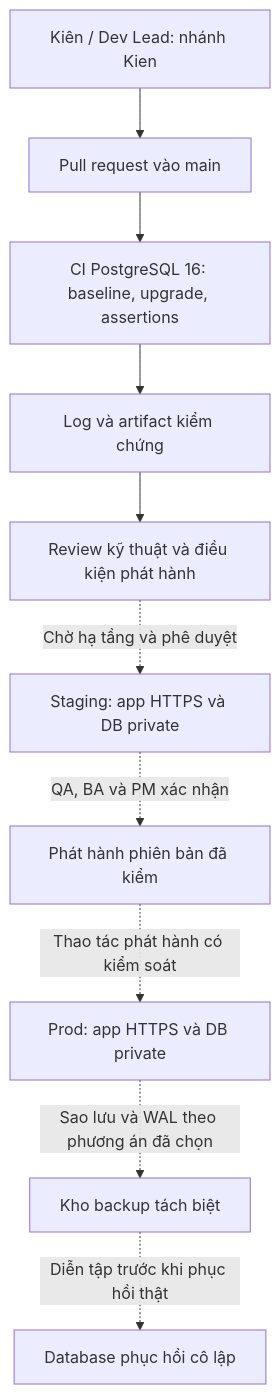
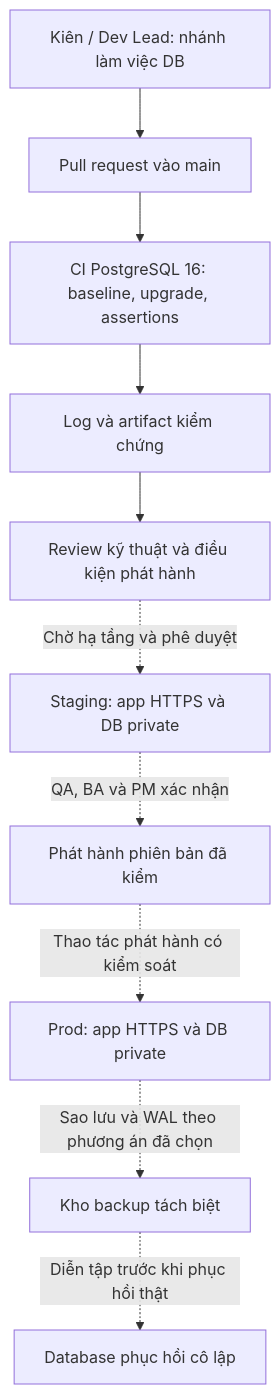
The diagram in Tiền Sprint/DB/D22-ke-hoach-moi-truong-va-CICD.md (Kain2608/software-project-management), drawn with Mermaid before and after one commit. The commit also changed other lines of this file and 32 other files, not shown here.

````diff
--- a/Tiền Sprint/DB/D22-ke-hoach-moi-truong-va-CICD.md
+++ b/Tiền Sprint/DB/D22-ke-hoach-moi-truong-va-CICD.md
@@ -35,12 +36,12 @@
 ```mermaid
 flowchart TB
-    Dev[Kiên / Dev Lead: nhánh Kien] --> PR[Pull request vào main]
+    Dev[Kiên / Dev Lead: nhánh làm việc DB] --> PR[Pull request vào main]
     PR --> CI[CI PostgreSQL 16: baseline, upgrade, assertions]
     CI --> Evidence[Log và artifact kiểm chứng]
     Evidence --> Review[Review kỹ thuật và điều kiện phát hành]
     Review -. Chờ hạ tầng và phê duyệt .-> Stage[Staging: app HTTPS và DB private]
     Stage -. QA, BA và PM xác nhận .-> Release[Phát hành phiên bản đã kiểm]
     Release -. Thao tác phát hành có kiểm soát .-> Prod[Prod: app HTTPS và DB private]
     Prod -. Sao lưu và WAL theo phương án đã chọn .-> Backup[Kho backup tách biệt]
     Backup -. Diễn tập trước khi phục hồi thật .-> Restore[Database phục hồi cô lập]
 ```
````
